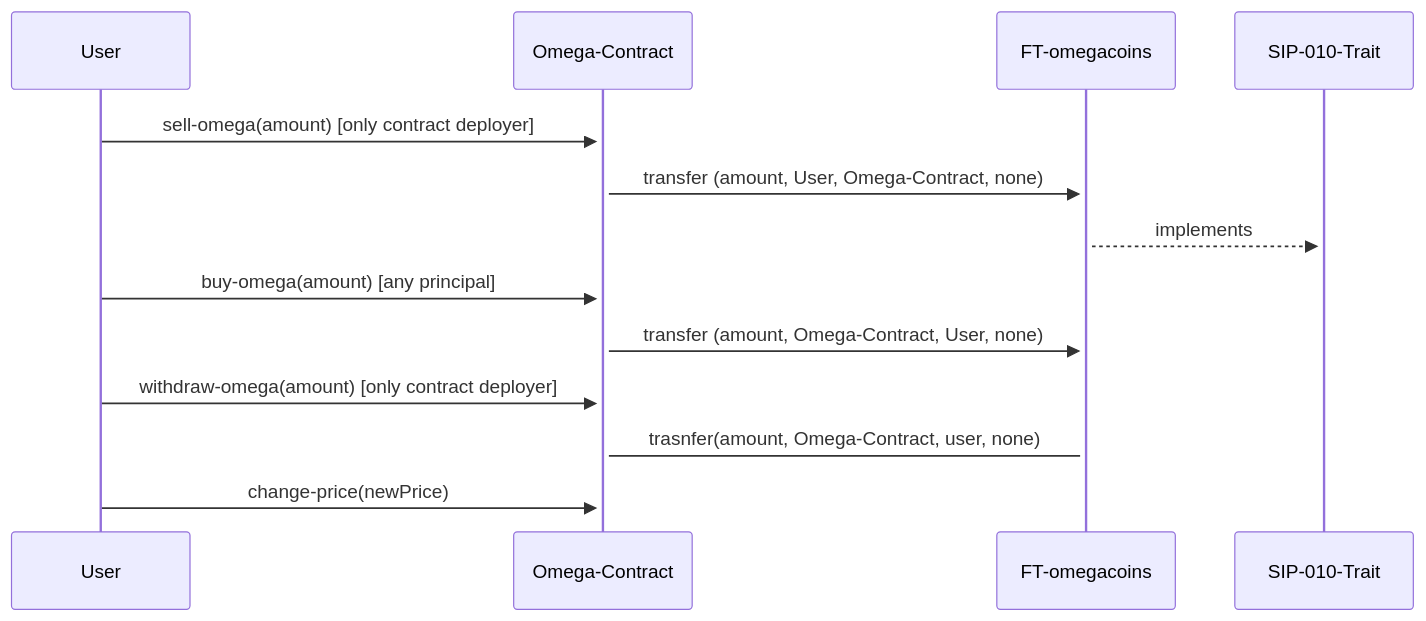
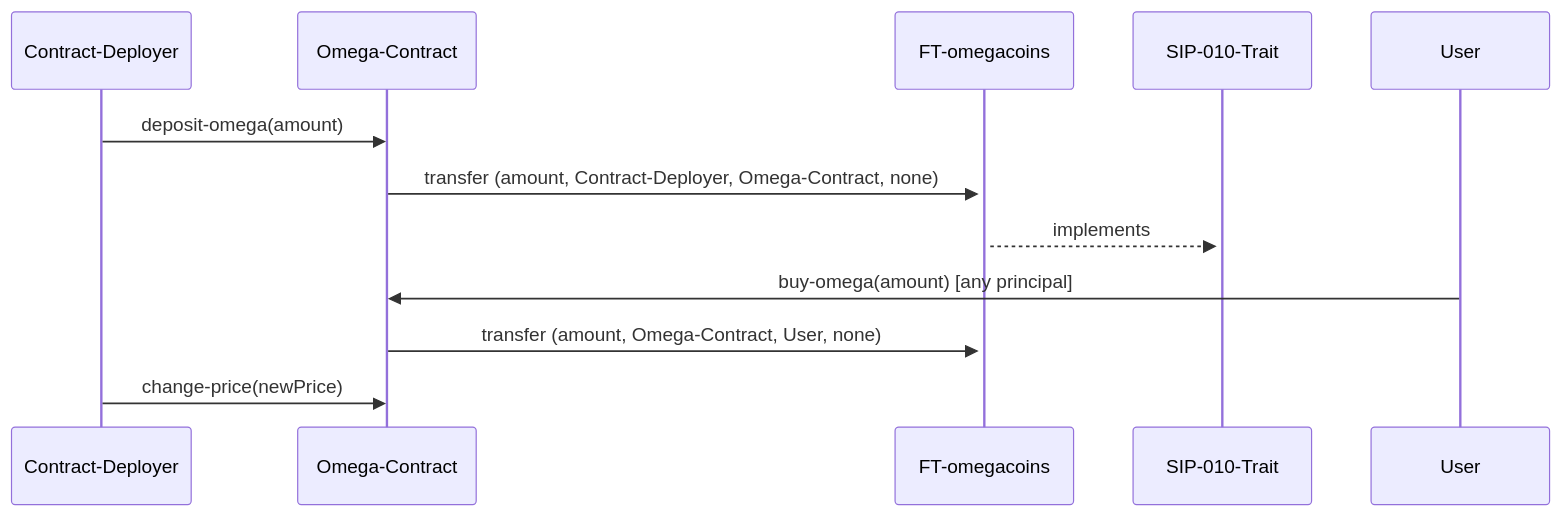
One commit to tintash/clarity-projects changed the diagram in 003-ft/clarinet-projects/arsalankhan/my-token-contract/diagrams/omegatoken.mmd. Above: the diagram before and after it, drawn with Mermaid. The commit also changed 5 other files, not shown here.

```diff
--- a/003-ft/clarinet-projects/arsalankhan/my-token-contract/diagrams/omegatoken.mmd
+++ b/003-ft/clarinet-projects/arsalankhan/my-token-contract/diagrams/omegatoken.mmd
@@ -1,9 +1,7 @@
 sequenceDiagram
-  User->>+Omega-Contract: sell-omega(amount) [only contract deployer]
-  Omega-Contract->>+FT-omegacoins: transfer (amount, User, Omega-Contract, none)
+  Contract-Deployer->>Omega-Contract: deposit-omega(amount)
+  Omega-Contract->>+FT-omegacoins: transfer (amount, Contract-Deployer, Omega-Contract, none)
   FT-omegacoins-->>+SIP-010-Trait: implements
   User->>Omega-Contract: buy-omega(amount) [any principal]
   Omega-Contract->>FT-omegacoins: transfer (amount, Omega-Contract, User, none)
-  User->>Omega-Contract: withdraw-omega(amount) [only contract deployer]
-  Omega-Contract->FT-omegacoins: trasnfer(amount, Omega-Contract, user, none)
-  User->>Omega-Contract: change-price(newPrice)
+  Contract-Deployer->>Omega-Contract: change-price(newPrice)
```
